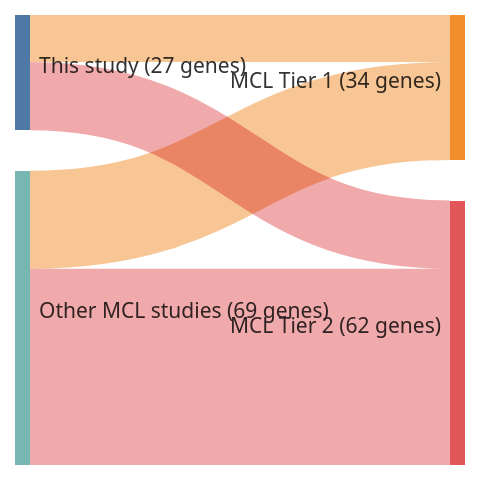
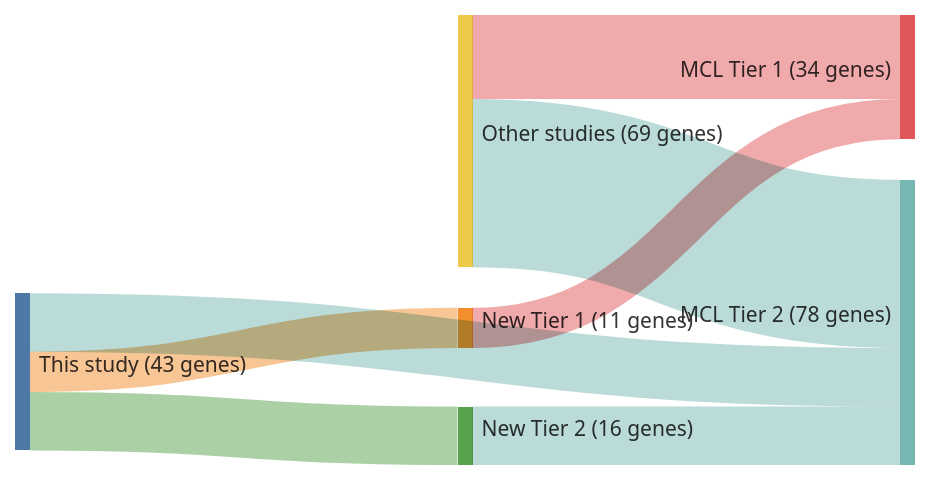
Before and after one commit to morinlab/lymphopedia: the diagram in papers/beaLandscapeSomaticMutations2013.md, drawn with Mermaid. The commit also changed 82 other files, not shown here.

````diff
--- a/papers/beaLandscapeSomaticMutations2013.md
+++ b/papers/beaLandscapeSomaticMutations2013.md
@@ -12,18 +12,21 @@
 ```mermaid
 ---
 config:
     sankey:
         showValues: true
         linkColor: target
-        width: 300
+        width: 600
         height: 300
         nodeAlignment: right
         prefix: '('
         suffix: ' genes)'
 ---
 sankey-beta
-This study, MCL Tier 1, 11
+This study, New Tier 1, 11
+New Tier 1, MCL Tier 1, 11
 This study, MCL Tier 2, 16
-Other MCL studies, MCL Tier 1, 23
-Other MCL studies, MCL Tier 2, 46
+This study, New Tier 2, 16
+New Tier 2, MCL Tier 2, 16
+Other studies, MCL Tier 1, 23
+Other studies, MCL Tier 2, 46
 ```
````
